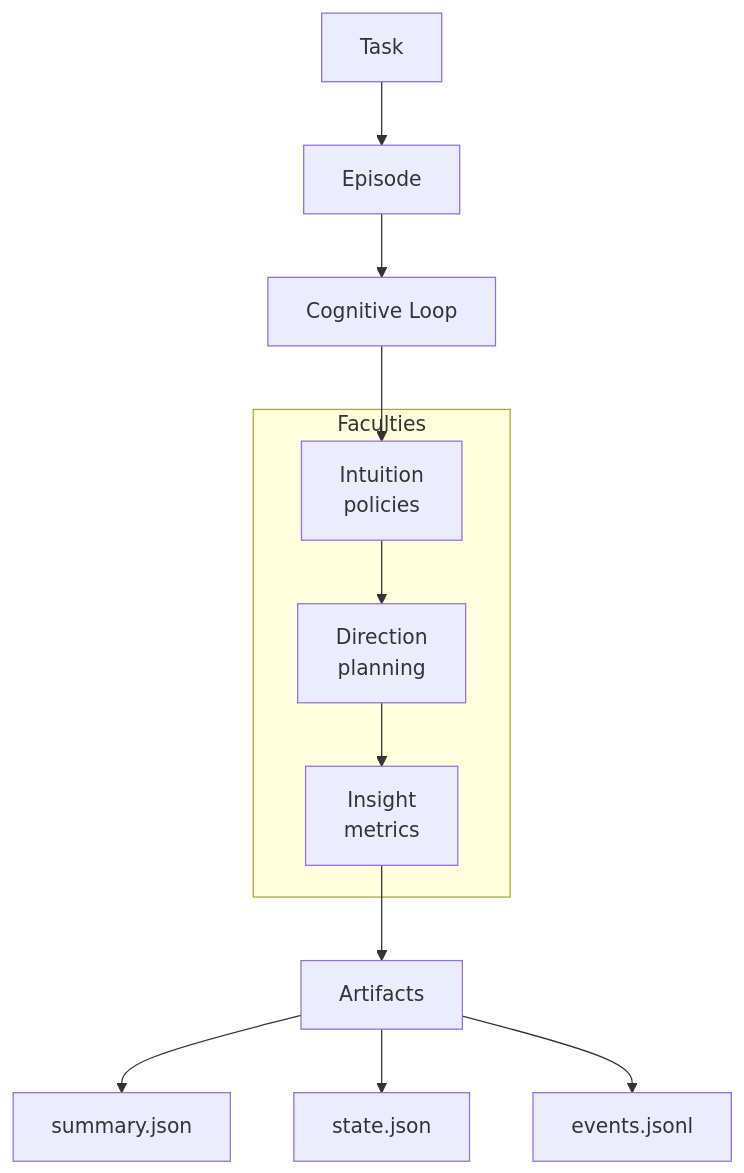
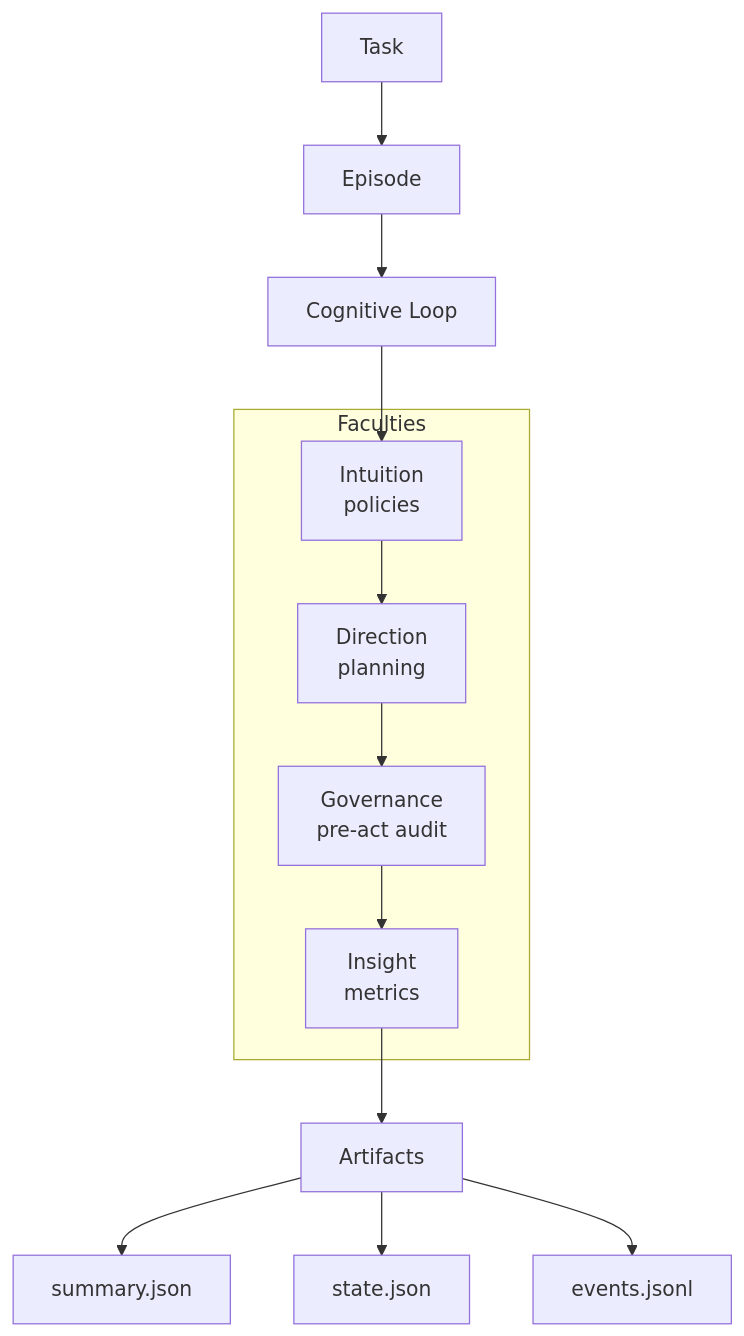
One commit to saraeloop/noesis changed the diagram in docs/explanation/core-concepts.mdx. Above: the diagram before and after it, drawn with Mermaid. The commit also changed other lines of this file and 3 other files, not shown here.

First line of the commit message:
docs: Align artifacts & determinism docs with v1.0.x runtime schema (#69)

````diff
--- a/docs/explanation/core-concepts.mdx
+++ b/docs/explanation/core-concepts.mdx
@@ -296,20 +323,22 @@
 ```mermaid
 flowchart TD
     T[Task] --> E[Episode]
     E --> L[Cognitive Loop]
     
     subgraph Faculties
         I[Intuition<br/>policies]
         D[Direction<br/>planning]
+        G[Governance<br/>pre-act audit]
         S[Insight<br/>metrics]
     end
     
     L --> I
     I --> D
-    D --> S
+    D --> G
+    G --> S
     
     S --> A[Artifacts]
     A --> SUM[summary.json]
     A --> ST[state.json]
     A --> EV[events.jsonl]
 ```
````
